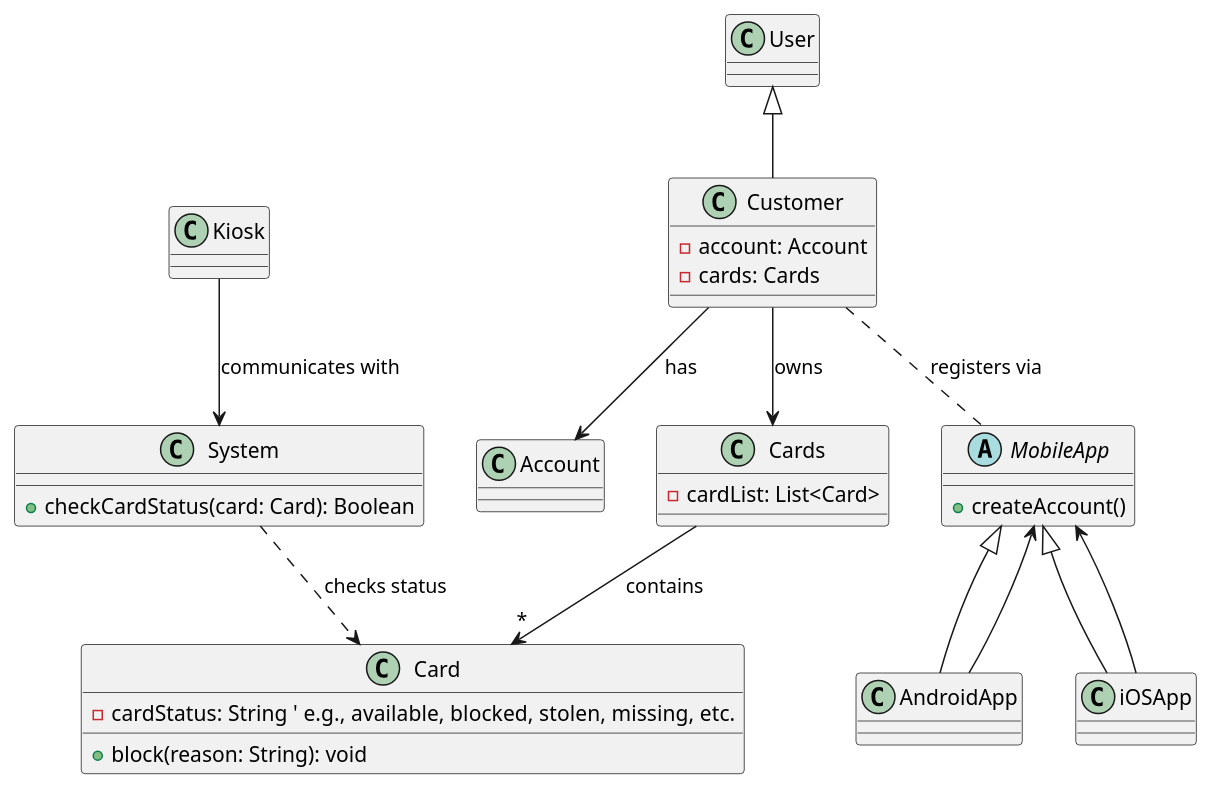
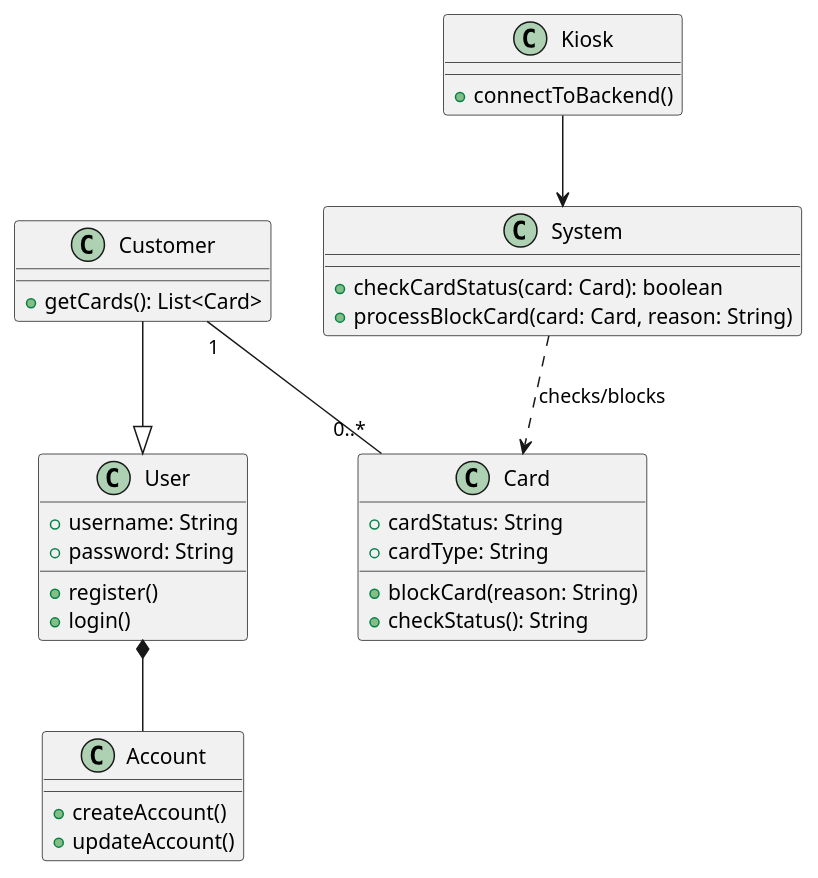
One commit to RayWP/pfsa-id changed the diagram in survey/gen-r-ent-o3-mini/R26_BlockCard_class_diagram.puml. Above: the diagram before and after it, drawn with PlantUML. The commit also changed 20 other files, not shown here.

```diff
--- a/survey/gen-r-ent-o3-mini/R26_BlockCard_class_diagram.puml
+++ b/survey/gen-r-ent-o3-mini/R26_BlockCard_class_diagram.puml
@@ -1,66 +1,53 @@
 @startuml
 
-' Define Application Classes for Mobile Platforms
-abstract class MobileApp {
+' Define classes
+class Account {
   +createAccount()
-}
-class AndroidApp extends MobileApp
-class iOSApp extends MobileApp
-
-' Define Account related class
-class Account {
-  ' Attributes for account creation can be added here
+  +updateAccount()
 }
 
-' Define User Hierarchy
-class User {
-  ' Generic user attributes (e.g., username, password)
-}
-class Customer extends User {
-  - account: Account
-  - cards: Cards
+class Kiosk {
+  +connectToBackend()
 }
 
-' Define Cards container and individual Card
-class Cards {
-  - cardList: List<Card>
-}
-class Card {
-  - cardStatus: String  ' e.g., available, blocked, stolen, missing, etc.
-  ' Blocking reasons: stolen, missing, others can be processed in block()
-  +block(reason: String): void
+class System {
+  +checkCardStatus(card: Card): boolean
+  +processBlockCard(card: Card, reason: String)
 }
 
-' Define Back-end Communication Classes
-class System {
-  +checkCardStatus(card: Card): Boolean
-  ' The system verifies card status before blocking
-}
-class Kiosk {
-  ' Represents the kiosk terminal; communicates with System for backend operations
+class User {
+  +username: String
+  +password: String
+  +register()
+  +login()
 }
 
-' Define Associations
+class Customer {
+  +getCards(): List<Card>
+}
 
-' A Customer has an Account and a collection of Cards
-Customer --> Account : "has"
-Customer --> Cards : "owns"
+class Card {
+  +cardStatus: String
+  +cardType: String
+  +blockCard(reason: String)
+  +checkStatus(): String
+}
 
-' Cards is a container for Card objects
-Cards --> "*" Card : "contains"
+' Define relationships
 
-' The System checks the card status when a customer initiates a block.
-System ..> Card : "checks status"
+' Customer is a type of User
+Customer --|> User
 
-' The Kiosk communicates with the System.
-Kiosk --> System : "communicates with"
+' A User (Customer) has an Account (composition)
+User *-- Account
 
-' The mobile applications (Android & iOS) use Account creation process.
-MobileApp <-- AndroidApp
-MobileApp <-- iOSApp
-Customer .. MobileApp : "registers via"
+' A Customer can have multiple Cards (aggregation)
+Customer "1" -- "0..*" Card
 
-' Note: The "Block Card" function is assumed to be accessible under the "Cards" menu in UI.
-' This behavior is implemented in the Card.block(reason) method after status validation.
+' Kiosk communicates with System
+Kiosk --> System
+
+' System interacts with Card (invokes methods)
+System ..> Card : checks/blocks
 
 @enduml
```
